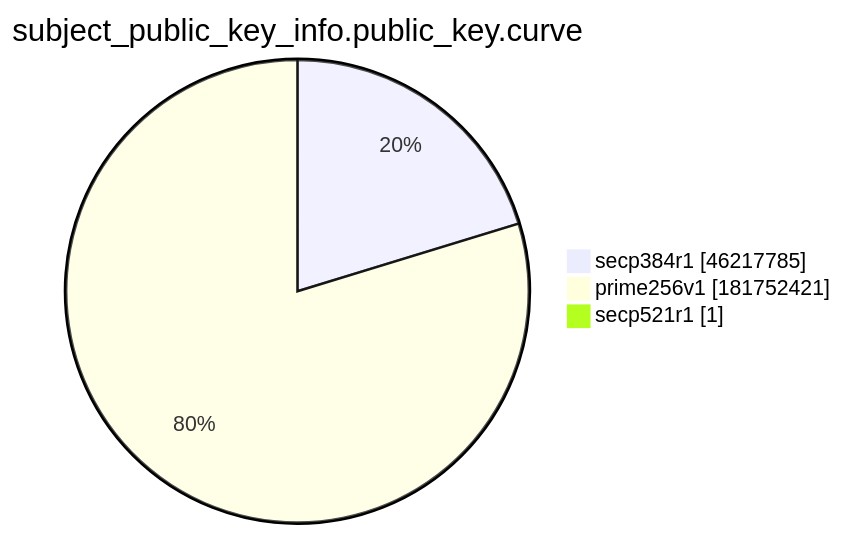
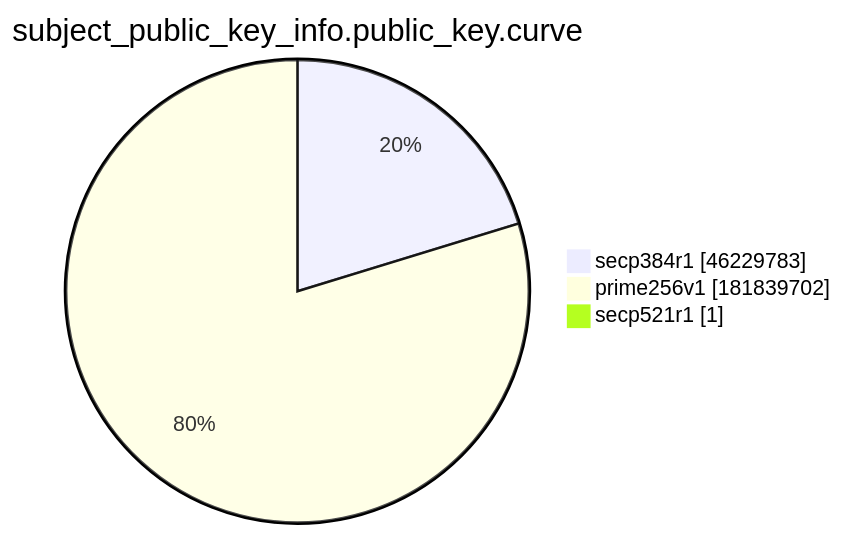
The ninth of 15 diagrams in xenon2022/README.md (christiankrug/ctmonitor_visualization), drawn with Mermaid before and after one commit. The commit also changed other lines of this file, not shown here.

````diff
--- a/xenon2022/README.md
+++ b/xenon2022/README.md
@@ -2874,7 +2874,7 @@
 ```mermaid
 pie showData
 title subject_public_key_info.public_key.curve
-"secp384r1" :46217785
-"prime256v1" :181752421
+"secp384r1" :46229783
+"prime256v1" :181839702
 "secp521r1" :1
 ```
````
